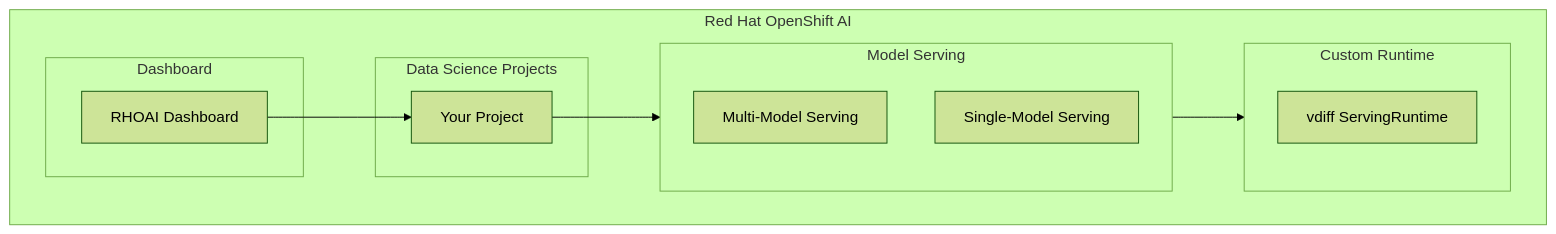
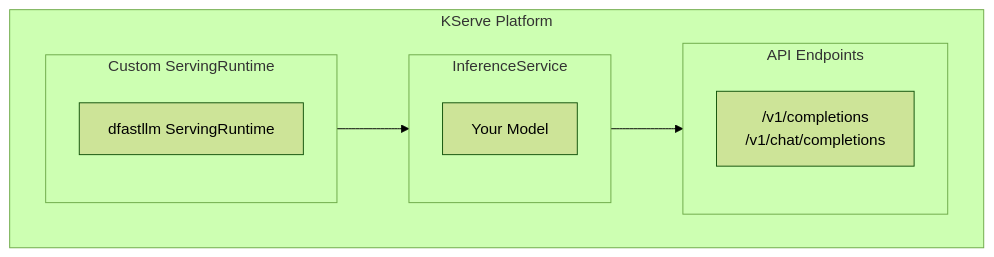
Before and after one commit to mwaykole/vdiff: the eighth of 12 diagrams in docs/dev-doc/09-deployment.md, drawn with Mermaid (forest theme). The commit also changed other lines of this file and 107 other files, not shown here.

````diff
--- a/docs/dev-doc/09-deployment.md
+++ b/docs/dev-doc/09-deployment.md
@@ -400,23 +400,18 @@
 ```mermaid
 flowchart TB
-    subgraph RHOAI["Red Hat OpenShift AI"]
-        subgraph Dashboard["Dashboard"]
-            UI["RHOAI Dashboard"]
+    subgraph KServe["KServe Platform"]
+        subgraph Runtime["Custom ServingRuntime"]
+            VDIFF["dfastllm ServingRuntime"]
         end
         
-        subgraph Projects["Data Science Projects"]
-            PROJ["Your Project"]
+        subgraph Inference["InferenceService"]
+            MODEL["Your Model"]
         end
         
-        subgraph Serving["Model Serving"]
-            MS["Multi-Model Serving"]
-            SM["Single-Model Serving"]
-        end
-        
-        subgraph Runtime["Custom Runtime"]
-            VDIFF["vdiff ServingRuntime"]
+        subgraph Endpoints["API Endpoints"]
+            API["/v1/completions<br/>/v1/chat/completions"]
         end
     end
     
-    UI --> PROJ --> Serving --> Runtime
+    Runtime --> Inference --> Endpoints
 ```
````
